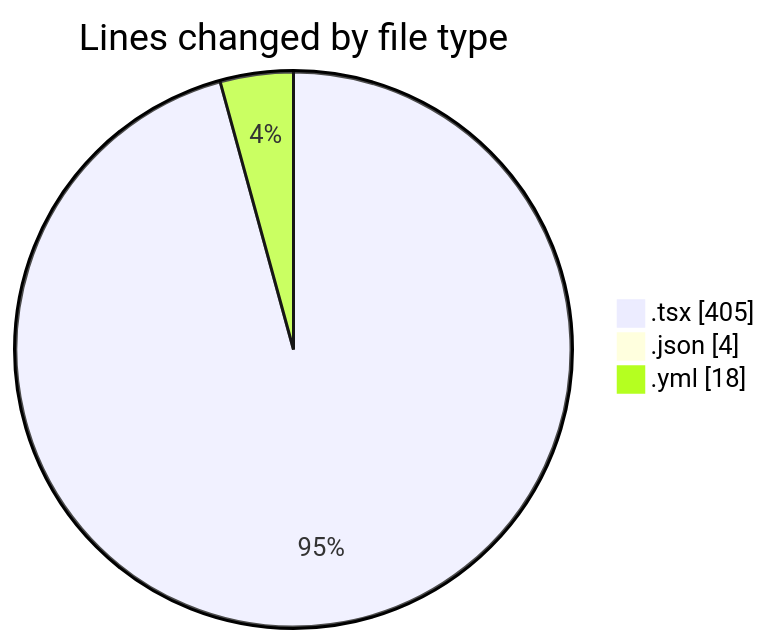
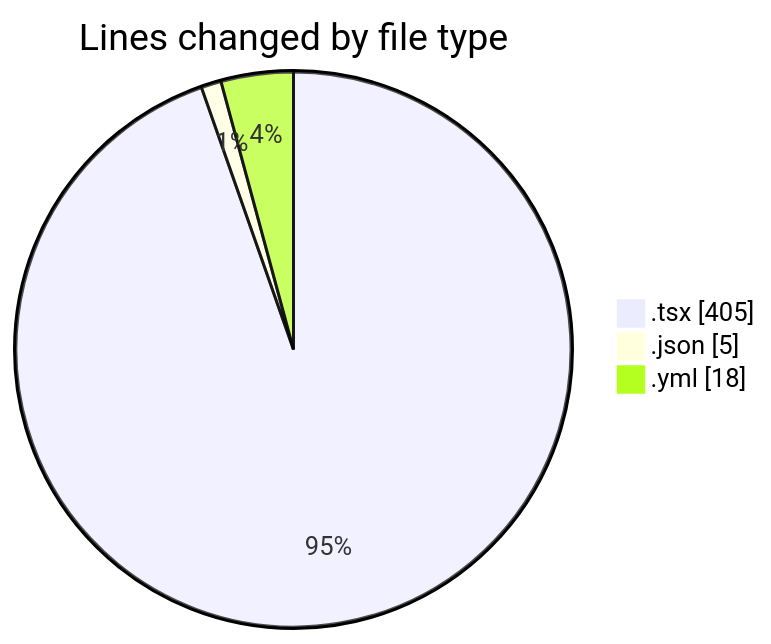
Before and after one commit to julien-gomy/code-tracking: the first of 2 diagrams in 2025-11-27/eventscop-frontend-guide__workspace_/README.md, drawn with Mermaid. The commit also changed other lines of this file and 1 other file, not shown here.

````diff
--- a/2025-11-27/eventscop-frontend-guide__workspace_/README.md
+++ b/2025-11-27/eventscop-frontend-guide__workspace_/README.md
@@ -26,7 +27,7 @@
 ```mermaid
 pie showData
 title Lines changed by file type
 ".tsx" : 405
-".json" : 4
+".json" : 5
 ".yml" : 18
 ```
````
